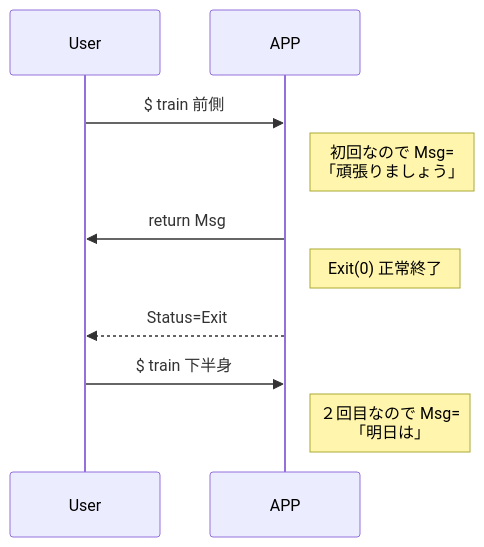
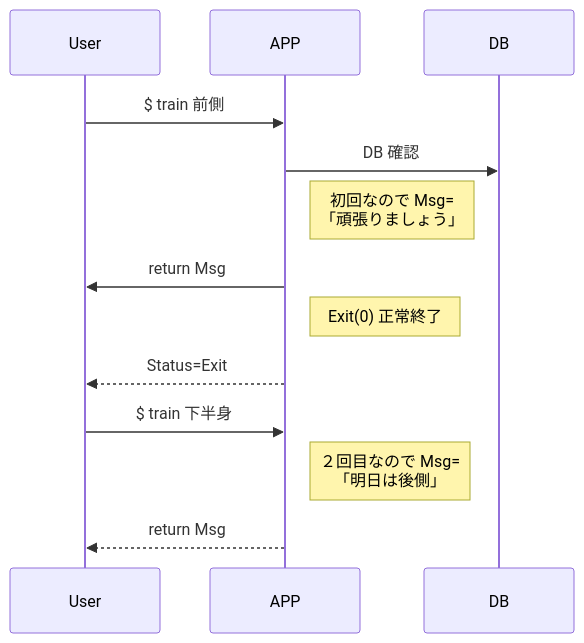
One commit to lamplusoka/train_Muscle changed the first of 2 diagrams in flow.md. Above: the diagram before and after it, drawn with Mermaid. The commit also changed other lines of this file, not shown here.

Commit message:
flow.md updated from https://stackedit.io/

````diff
--- a/flow.md
+++ b/flow.md
@@ -4,11 +4,13 @@
 ```mermaid
 sequenceDiagram
 User->> APP: $ train 前側
+APP ->> DB: DB 確認
 Note right of APP:初回なので Msg=<br>「頑張りましょう」
 APP ->> User: return Msg
 Note right of APP: Exit(0) 正常終了
 APP -->>User: Status=Exit
 User->> APP: $ train 下半身
-Note right of APP:２回目なので Msg=<br>「明日は」
+Note right of APP:２回目なので Msg=<br>「明日は後側」
+APP -->> User: return Msg
 
 ```
````
